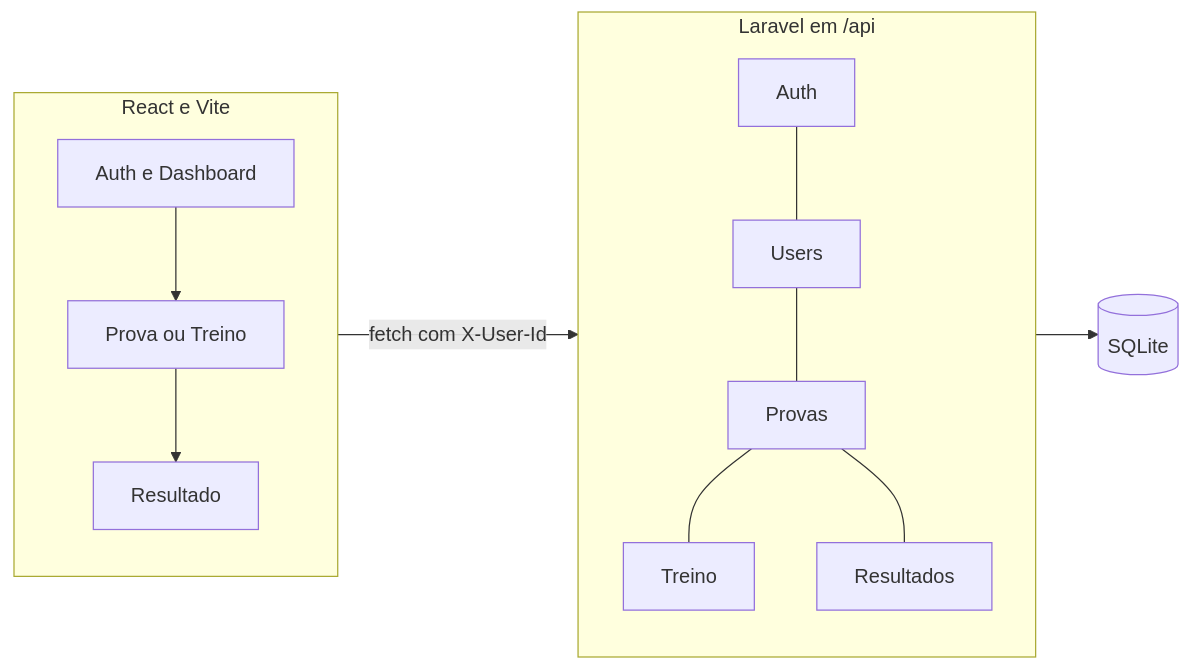
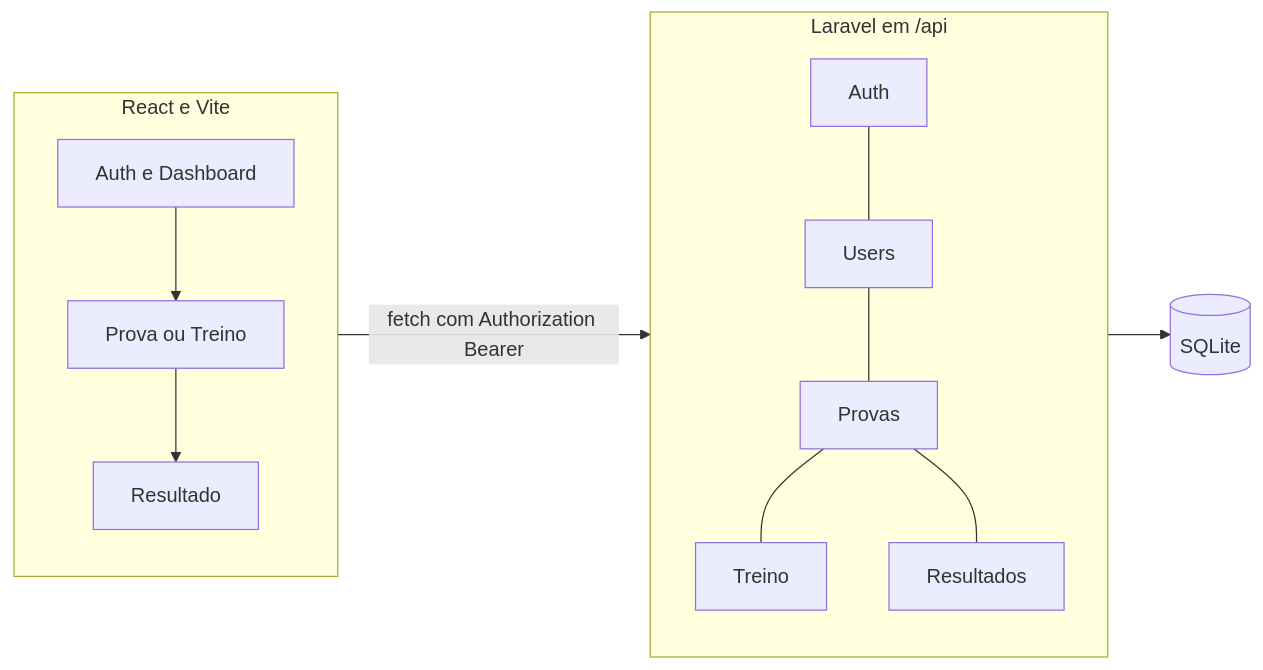
The diagram in README.md (mtrebecca/Enem-form), drawn with Mermaid before and after one commit. The commit also changed other lines of this file and 51 other files, not shown here.

````diff
--- a/README.md
+++ b/README.md
@@ -57,15 +57,15 @@
 ```mermaid
 flowchart LR
   subgraph spa [React e Vite]
     A[Auth e Dashboard] --> B[Prova ou Treino]
     B --> C[Resultado]
   end
   subgraph api [Laravel em /api]
     M1[Auth] --- M2[Users]
     M2 --- M3[Provas]
     M3 --- M4[Treino]
     M3 --- M5[Resultados]
   end
-  spa -->|fetch com X-User-Id| api
+  spa -->|fetch com Authorization Bearer| api
   api --> DB[(SQLite)]
 ```
````
